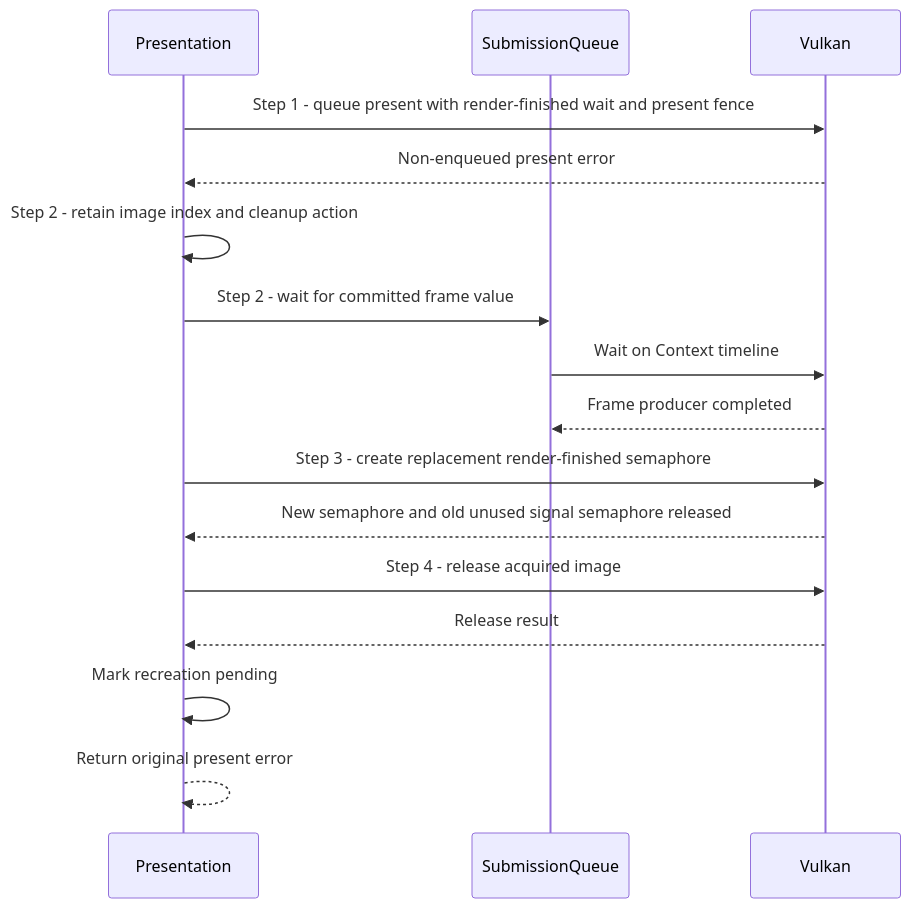
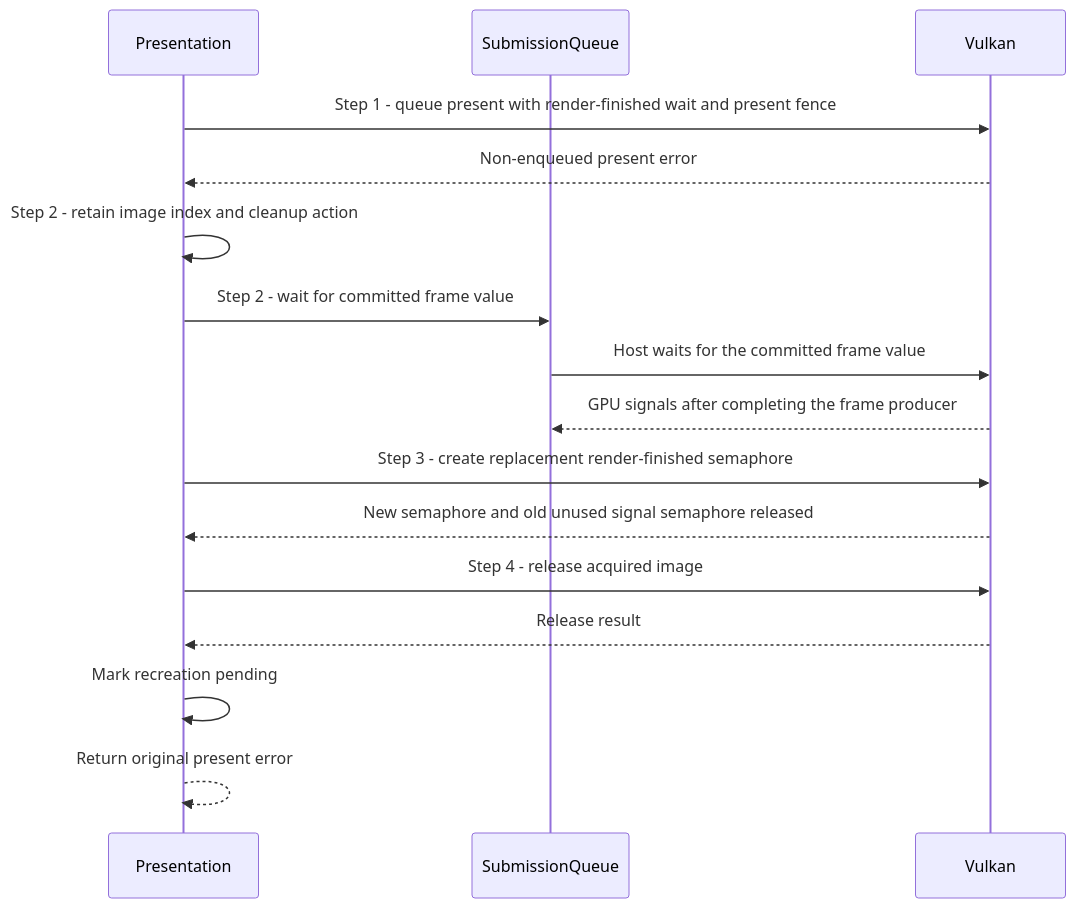
One commit to a-soltysik/Panda changed the diagram in docs/use-cases/recover-presentation-failure.md. Above: the diagram before and after it, drawn with Mermaid. The commit also changed 10 other files, not shown here.

Commit message:
Document swapchain recreation and Context shutdown flows (#80)

````diff
--- a/docs/use-cases/recover-presentation-failure.md
+++ b/docs/use-cases/recover-presentation-failure.md
@@ -28,18 +28,18 @@
 ```mermaid
 sequenceDiagram
     participant P as Presentation
     participant Q as SubmissionQueue
     participant V as Vulkan
     P->>V: Step 1 - queue present with render-finished wait and present fence
     V-->>P: Non-enqueued present error
     P->>P: Step 2 - retain image index and cleanup action
     P->>Q: Step 2 - wait for committed frame value
-    Q->>V: Wait on Context timeline
-    V-->>Q: Frame producer completed
+    Q->>V: Host waits for the committed frame value
+    V-->>Q: GPU signals after completing the frame producer
     P->>V: Step 3 - create replacement render-finished semaphore
     V-->>P: New semaphore and old unused signal semaphore released
     P->>V: Step 4 - release acquired image
     V-->>P: Release result
     P->>P: Mark recreation pending
     P-->>P: Return original present error
 ```
````
